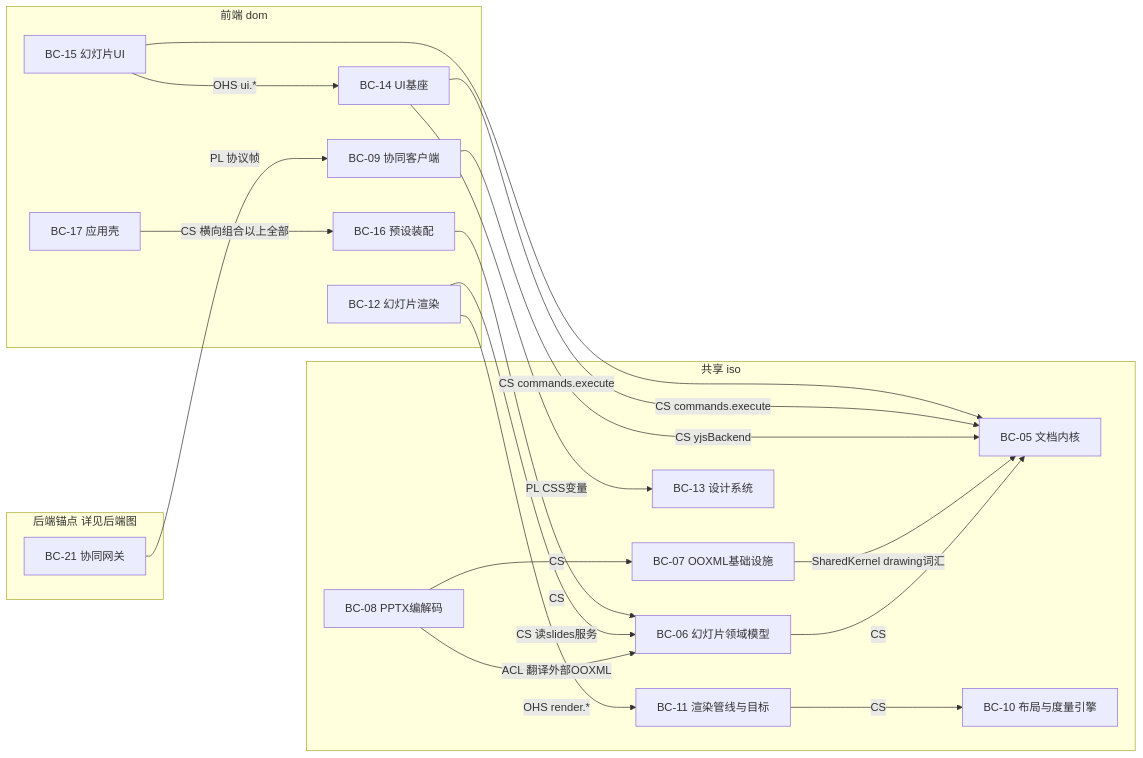
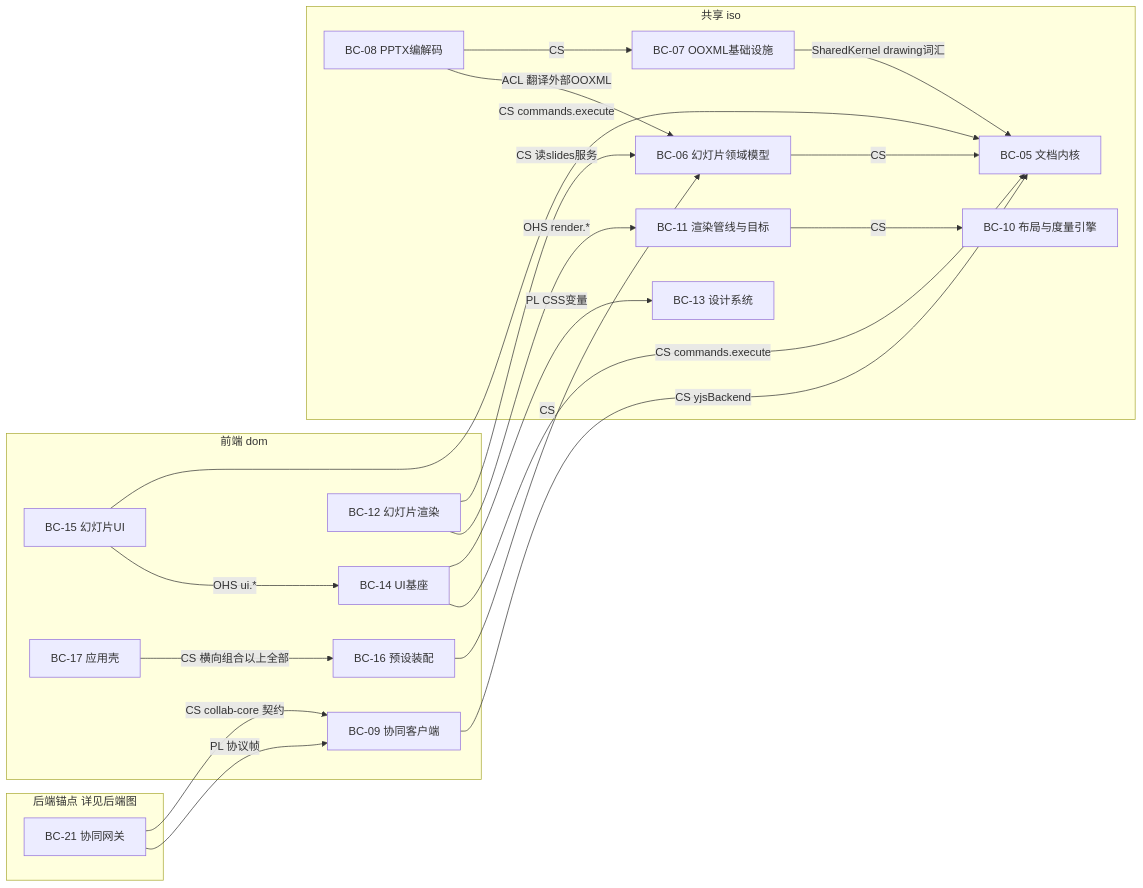
Before and after one commit to Xeonice/cordis-ppt-editor: the third of 12 diagrams in docs/40-modules/00-module-map.md, drawn with Mermaid. The commit also changed other lines of this file and 22 other files, not shown here.

First line of the commit message:
docs(modules): 新增架构图集 18/19，补图并按 §4.18 回写模块设计线

````diff
--- a/docs/40-modules/00-module-map.md
+++ b/docs/40-modules/00-module-map.md
@@ -815,38 +815,39 @@
 ```mermaid
 flowchart LR
 subgraph fe["前端 dom"]
 bc09["BC-09 协同客户端"]
 bc12["BC-12 幻灯片渲染"]
 bc14["BC-14 UI基座"]
 bc15["BC-15 幻灯片UI"]
 bc16["BC-16 预设装配"]
 bc17["BC-17 应用壳"]
 end
 subgraph iso["共享 iso"]
 bc05["BC-05 文档内核"]
 bc06["BC-06 幻灯片领域模型"]
 bc07["BC-07 OOXML基础设施"]
 bc08["BC-08 PPTX编解码"]
 bc10["BC-10 布局与度量引擎"]
 bc11["BC-11 渲染管线与目标"]
 bc13["BC-13 设计系统"]
 end
 subgraph beanchor["后端锚点 详见后端图"]
 bc21["BC-21 协同网关"]
 end
 bc06 -- "CS" --> bc05
 bc08 -- "ACL 翻译外部OOXML" --> bc06
 bc08 -- "CS" --> bc07
 bc07 -- "SharedKernel drawing词汇" --> bc05
 bc09 -- "CS yjsBackend" --> bc05
 bc11 -- "CS" --> bc10
 bc12 -- "OHS render.*" --> bc11
 bc12 -- "CS 读slides服务" --> bc06
 bc15 -- "OHS ui.*" --> bc14
 bc14 -- "CS commands.execute" --> bc05
 bc15 -- "CS commands.execute" --> bc05
 bc14 -- "PL CSS变量" --> bc13
 bc16 -- "CS" --> bc06
 bc17 -- "CS 横向组合以上全部" --> bc16
 bc21 -- "PL 协议帧" --> bc09
+bc21 -- "CS collab-core 契约" --> bc09
 ```
````
